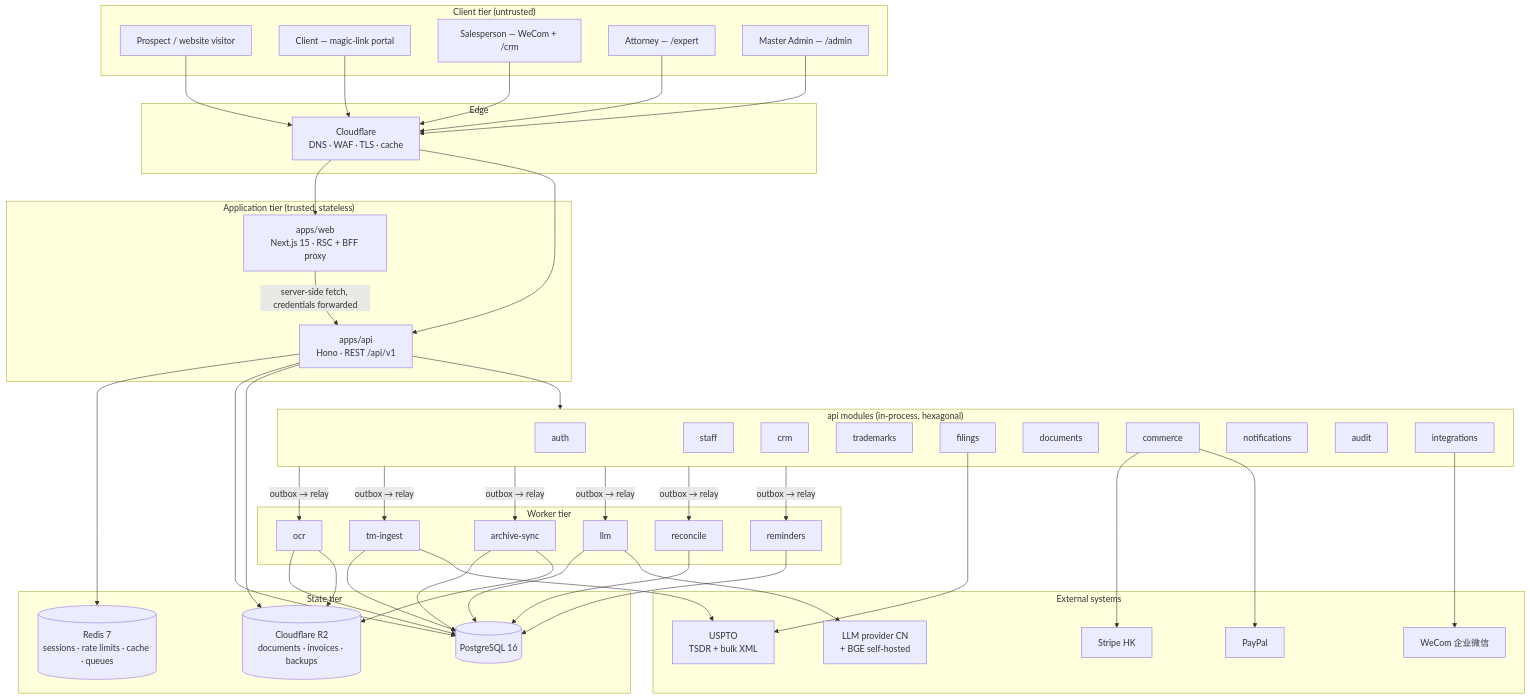
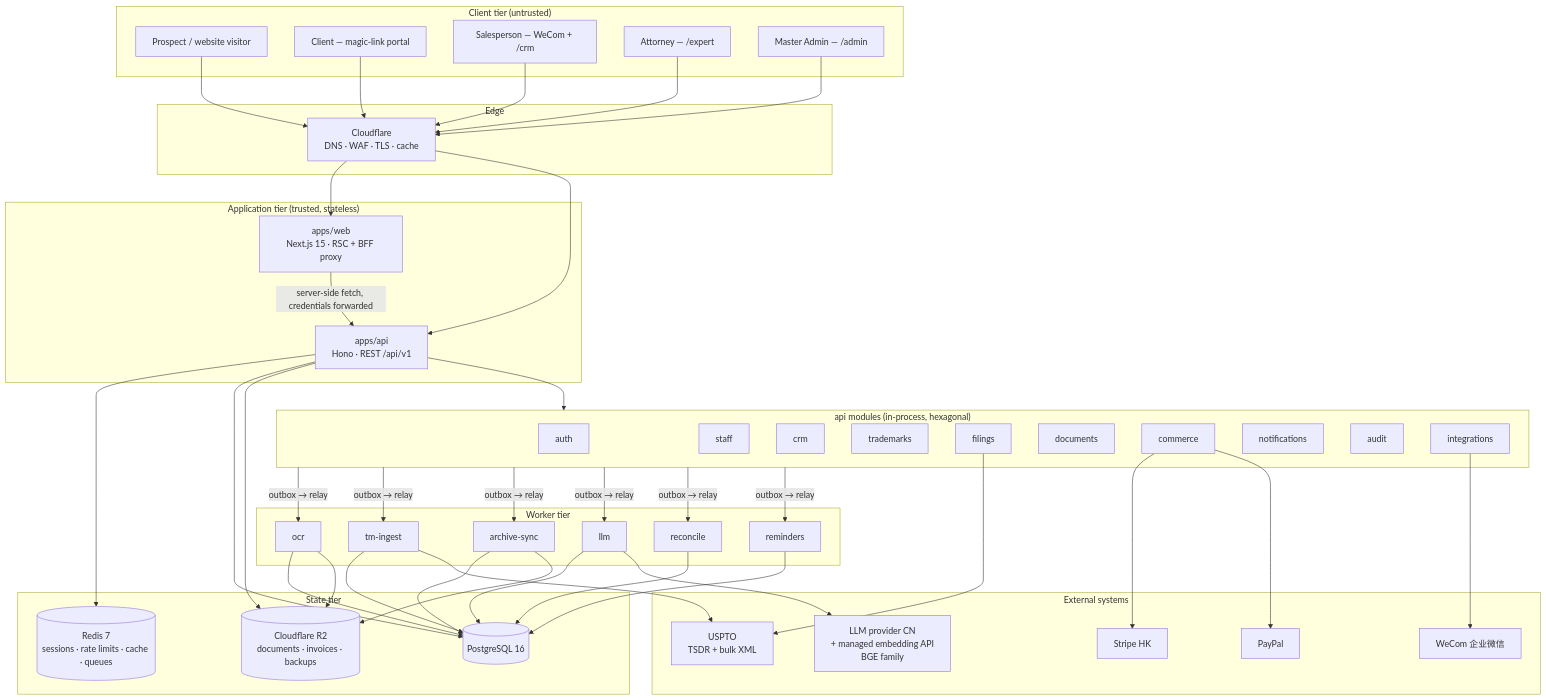
The first of 8 diagrams in docs/architecture/01-system-design.md (risk-free/Mark-us), drawn with Mermaid before and after one commit. The commit also changed other lines of this file and 5 other files, not shown here.

First line of the commit message:
D-15: no always-on self-hosted service + devcontainer for P1

````diff
--- a/docs/architecture/01-system-design.md
+++ b/docs/architecture/01-system-design.md
@@ -63,76 +63,76 @@
 ```mermaid
 flowchart TB
   subgraph client["Client tier (untrusted)"]
     Visitor[Prospect / website visitor]
     Client[Client — magic-link portal]
     Sales[Salesperson — WeCom + /crm]
     Expert[Attorney — /expert]
     Admin[Master Admin — /admin]
   end
 
   subgraph edge["Edge"]
     CDN[Cloudflare<br/>DNS · WAF · TLS · cache]
   end
 
   subgraph app["Application tier (trusted, stateless)"]
     Web[apps/web<br/>Next.js 15 · RSC + BFF proxy]
     API[apps/api<br/>Hono · REST /api/v1]
   end
 
   subgraph modules["api modules (in-process, hexagonal)"]
     M1[auth]
     M2[staff]
     M3[crm]
     M4[trademarks]
     M5[filings]
     M6[documents]
     M7[commerce]
     M8[notifications]
     M9[audit]
     M10[integrations]
   end
 
   subgraph workerTier["Worker tier"]
     W1[ocr]
     W2[tm-ingest]
     W3[archive-sync]
     W4[llm]
     W5[reconcile]
     W6[reminders]
   end
 
   subgraph data["State tier"]
     PG[(PostgreSQL 16)]
     RD[(Redis 7<br/>sessions · rate limits · cache · queues)]
     R2[(Cloudflare R2<br/>documents · invoices · backups)]
   end
 
   subgraph ext["External systems"]
     WC[WeCom 企业微信]
     ST[Stripe HK]
     PP[PayPal]
     TS[USPTO<br/>TSDR + bulk XML]
-    LLM[LLM provider CN<br/>+ BGE self-hosted]
+    LLM[LLM provider CN<br/>+ managed embedding API<br/>BGE family]
   end
 
   Visitor --> CDN
   Client --> CDN
   Sales --> CDN
   Expert --> CDN
   Admin --> CDN
   CDN --> Web
   CDN --> API
   Web -->|server-side fetch, credentials forwarded| API
   API --> modules
   API --> RD
   API --> PG
   API --> R2
   modules -->|outbox → relay| W1 & W2 & W3 & W4 & W5 & W6
   W1 & W2 & W3 & W4 & W5 & W6 --> PG
   W1 & W3 --> R2
   W4 --> LLM
   W2 --> TS
   M10 --> WC
   M7 --> ST & PP
   M5 --> TS
 ```
````
